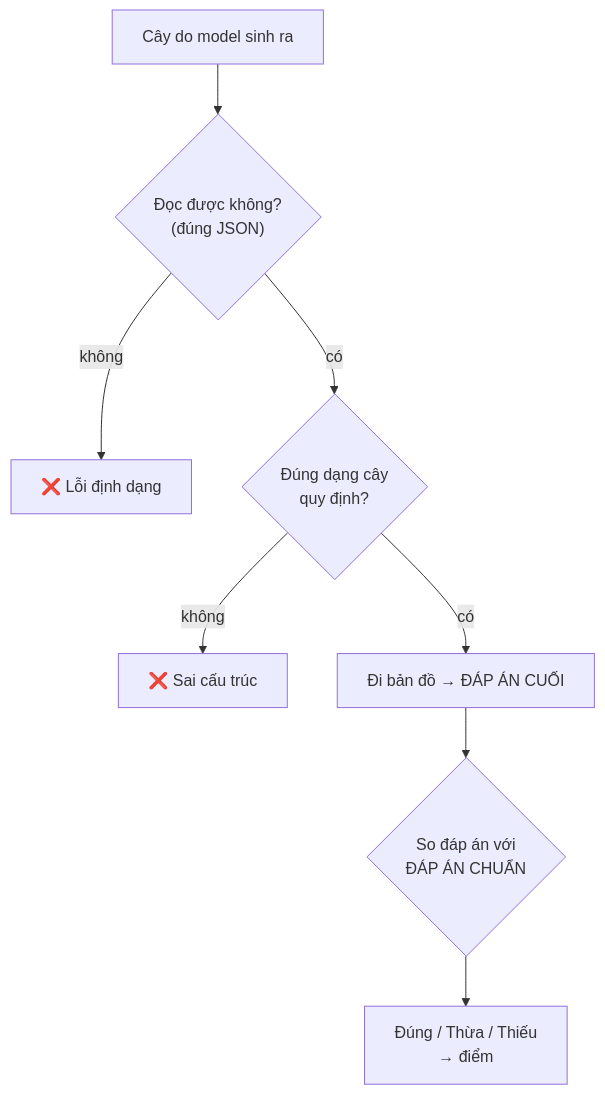
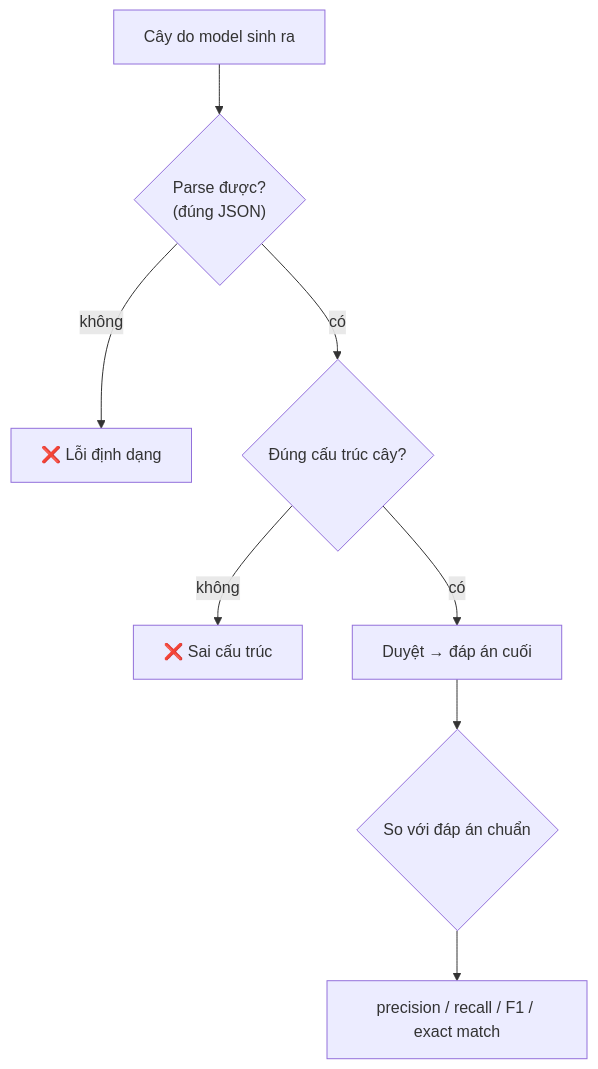
Before and after one commit to vpthinh19/ontology-chatbot: the seventh of 10 diagrams in docs/CONCEPT.md, drawn with Mermaid. The commit also changed other lines of this file, not shown here.

````diff
--- a/docs/CONCEPT.md
+++ b/docs/CONCEPT.md
@@ -359,10 +272,10 @@
 ```mermaid
 flowchart TD
-    O["Cây do model sinh ra"] --> P1{"Đọc được không?<br/>(đúng JSON)"}
+    O["Cây do model sinh ra"] --> P1{"Parse được?<br/>(đúng JSON)"}
     P1 -- không --> X1["❌ Lỗi định dạng"]
-    P1 -- có --> P2{"Đúng dạng cây<br/>quy định?"}
+    P1 -- có --> P2{"Đúng cấu trúc cây?"}
     P2 -- không --> X2["❌ Sai cấu trúc"]
-    P2 -- có --> P3["Đi bản đồ → ĐÁP ÁN CUỐI"]
-    P3 --> P4{"So đáp án với<br/>ĐÁP ÁN CHUẨN"}
-    P4 --> M["Đúng / Thừa / Thiếu<br/>→ điểm"]
+    P2 -- có --> P3["Duyệt → đáp án cuối"]
+    P3 --> P4{"So với đáp án chuẩn"}
+    P4 --> M["precision / recall / F1 / exact match"]
 ```
````
